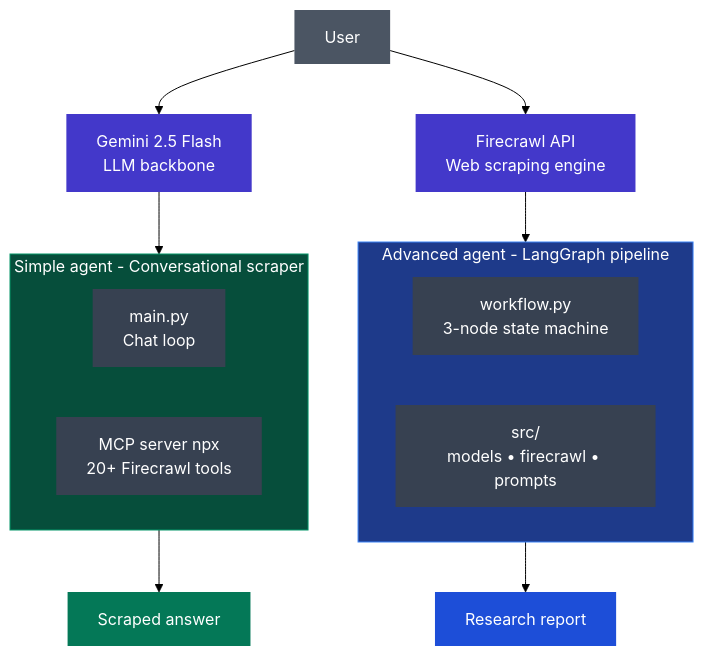
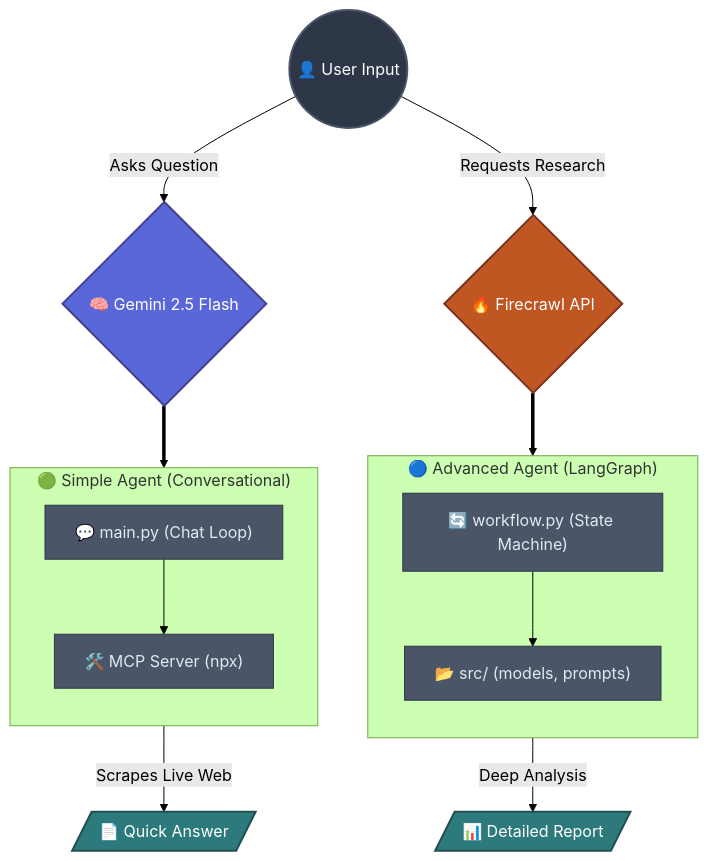
The first of 2 diagrams in README.md (SihanUdayaratna03/SentinelAI-Agent), drawn with Mermaid (forest theme) before and after one commit. The commit also changed other lines of this file, not shown here.

Commit message:
Redesign Architecture section to be more creative and visually stunning

````diff
--- a/README.md
+++ b/README.md
@@ -230,33 +235,39 @@
 ```mermaid
-graph TD
-    U[User] --> G[Gemini 2.5 Flash<br>LLM backbone]
-    U --> F[Firecrawl API<br>Web scraping engine]
+flowchart TB
+    %% Styling
+    classDef user fill:#2d3748,stroke:#4a5568,stroke-width:2px,color:#fff,rx:10px,ry:10px
+    classDef llm fill:#5a67d8,stroke:#434190,stroke-width:2px,color:#fff,rx:10px,ry:10px
+    classDef agent fill:#2c7a7b,stroke:#234e52,stroke-width:2px,color:#fff,rx:10px,ry:10px
+    classDef db fill:#c05621,stroke:#7b341e,stroke-width:2px,color:#fff,rx:10px,ry:10px
+    classDef file fill:#4a5568,stroke:#2d3748,stroke-width:1px,color:#e2e8f0
     
-    subgraph SimpleAgent [Simple agent - Conversational scraper]
-        M1[main.py<br>Chat loop]
-        MCP[MCP server npx<br>20+ Firecrawl tools]
+    %% Nodes
+    USER(("👤 User Input")):::user
+    
+    GEMINI{"🧠 Gemini 2.5 Flash"}:::llm
+    FIRE{"🔥 Firecrawl API"}:::db
+    
+    subgraph SA ["🟢 Simple Agent (Conversational)"]
+        direction TB
+        M1["💬 main.py (Chat Loop)"]:::file
+        MCP["🛠️ MCP Server (npx)"]:::file
+        M1 --> MCP
     end
     
-    subgraph AdvancedAgent [Advanced agent - LangGraph pipeline]
-        W1[workflow.py<br>3-node state machine]
-        S1[src/<br>models • firecrawl • prompts]
+    subgraph AA ["🔵 Advanced Agent (LangGraph)"]
+        direction TB
+        W1["🔄 workflow.py (State Machine)"]:::file
+        S1["📂 src/ (models, prompts)"]:::file
+        W1 --> S1
     end
     
-    G --> SimpleAgent
-    F --> AdvancedAgent
+    %% Connections
+    USER -->|Asks Question| GEMINI
+    USER -->|Requests Research| FIRE
     
-    SimpleAgent --> A1[Scraped answer]
-    AdvancedAgent --> A2[Research report]
+    GEMINI ==> SA
+    FIRE ==> AA
     
-    style U fill:#4B5563,color:#fff,stroke:none
-    style G fill:#4338CA,color:#fff,stroke:none
-    style F fill:#4338CA,color:#fff,stroke:none
-    style SimpleAgent fill:#064E3B,color:#fff,stroke:#059669
-    style AdvancedAgent fill:#1E3A8A,color:#fff,stroke:#3B82F6
-    style M1 fill:#374151,color:#fff,stroke:none
-    style MCP fill:#374151,color:#fff,stroke:none
-    style W1 fill:#374151,color:#fff,stroke:none
-    style S1 fill:#374151,color:#fff,stroke:none
-    style A1 fill:#047857,color:#fff,stroke:none
-    style A2 fill:#1D4ED8,color:#fff,stroke:none
+    SA -->|Scrapes Live Web| OUT1[/"📄 Quick Answer"/]:::agent
+    AA -->|Deep Analysis| OUT2[/"📊 Detailed Report"/]:::agent
 ```
````
